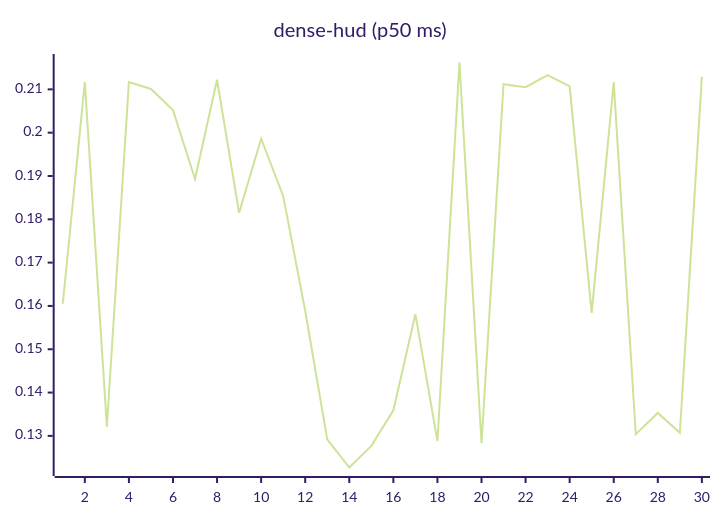
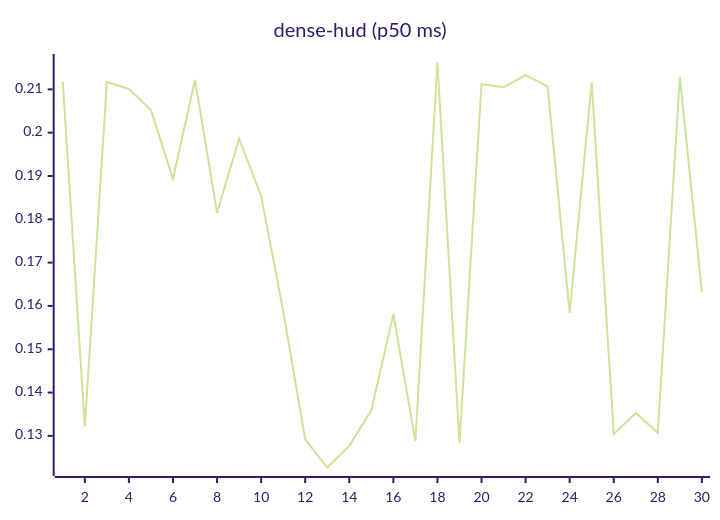
Before and after one commit to josha/Facet: the eighth of 27 diagrams in README.md, drawn with Mermaid (forest theme). The commit also changed other lines of this file and 2 other files, not shown here.

````diff
--- a/README.md
+++ b/README.md
@@ -112,6 +112,6 @@
 ```mermaid
 xychart-beta
     title "dense-hud (p50 ms)"
     x-axis 1 --> 30
-    line [0.1605, 0.2117, 0.1321, 0.2117, 0.2101, 0.2052, 0.1893, 0.2122, 0.1815, 0.1986, 0.1854, 0.1589, 0.1292, 0.1227, 0.1277, 0.1359, 0.1581, 0.1288, 0.2162, 0.1283, 0.2112, 0.2105, 0.2133, 0.2107, 0.1584, 0.2116, 0.1304, 0.1353, 0.1307, 0.2129]
+    line [0.2117, 0.1321, 0.2117, 0.2101, 0.2052, 0.1893, 0.2122, 0.1815, 0.1986, 0.1854, 0.1589, 0.1292, 0.1227, 0.1277, 0.1359, 0.1581, 0.1288, 0.2162, 0.1283, 0.2112, 0.2105, 0.2133, 0.2107, 0.1584, 0.2116, 0.1304, 0.1353, 0.1307, 0.2129, 0.1633]
 ```
````
